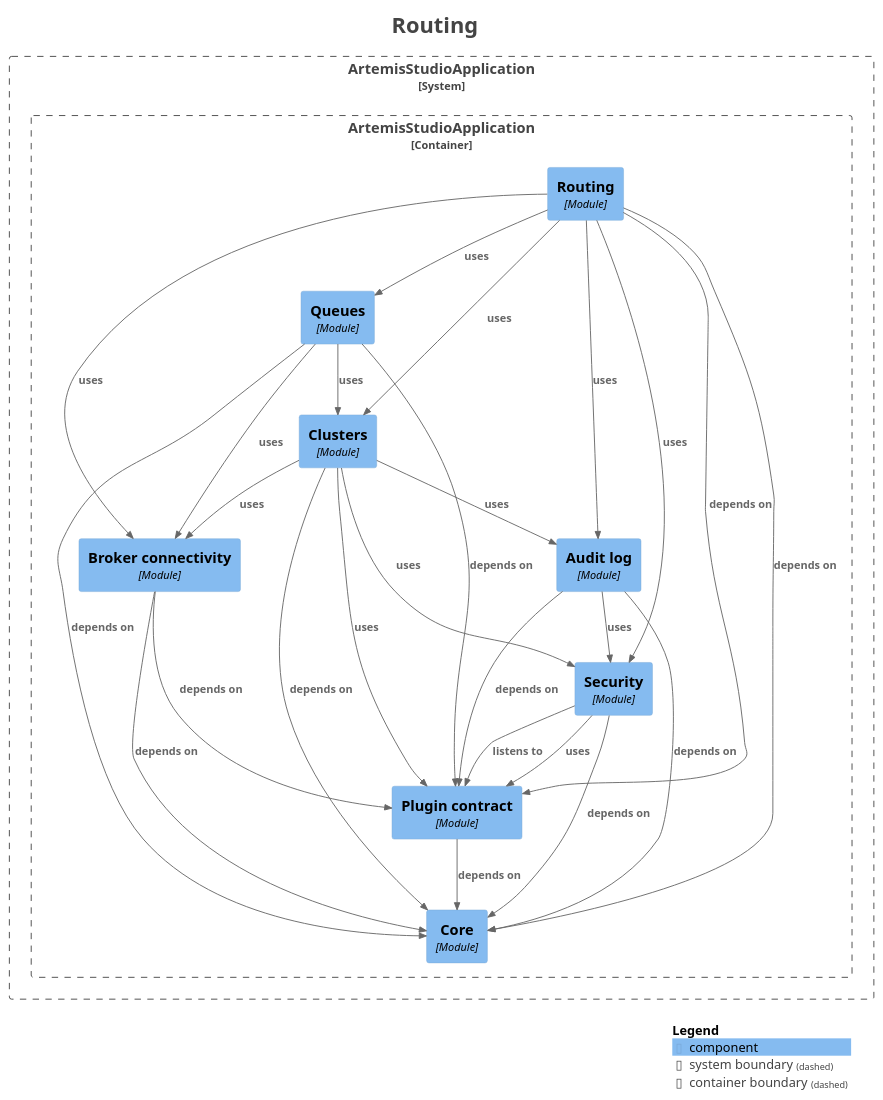
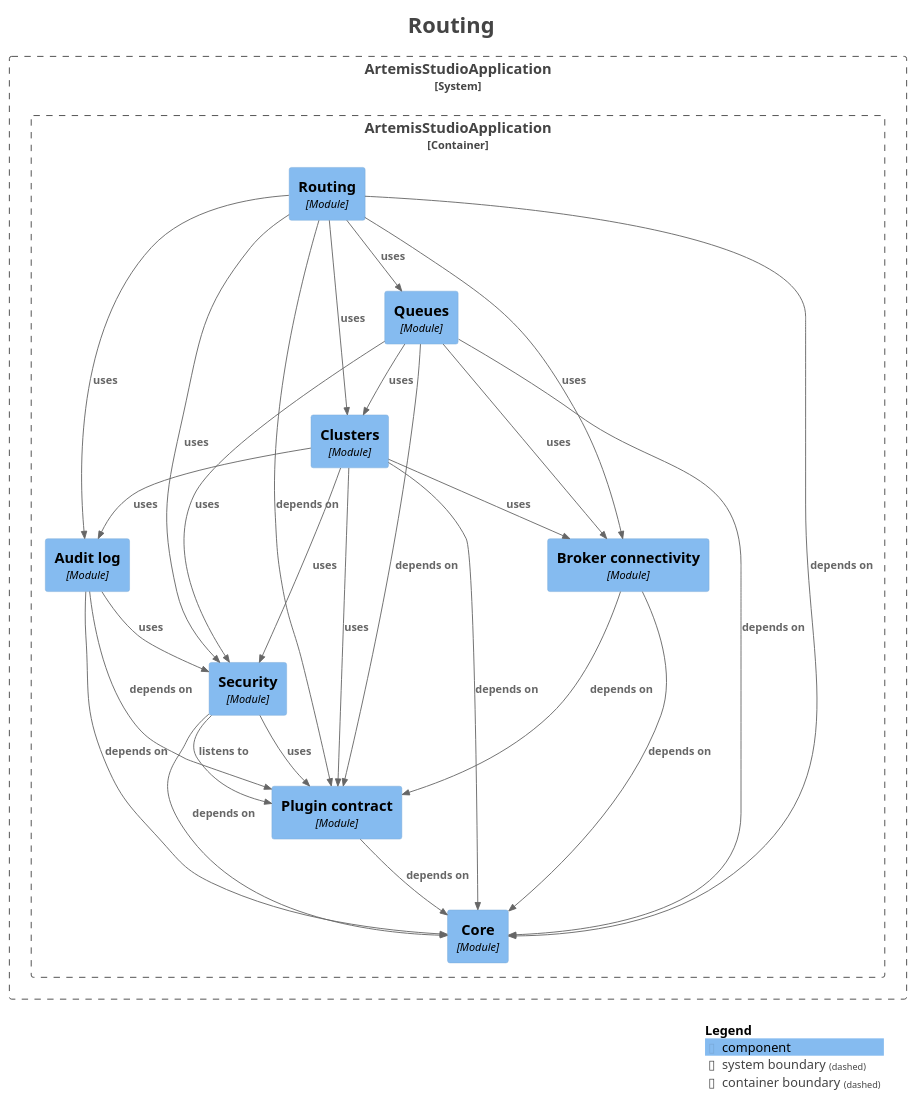
The diagram in docs/modules/module-feature.routing.puml (sudoitir/artemis-studio), drawn with PlantUML before and after one commit. The commit also changed 57 other files, not shown here.

```diff
--- a/docs/modules/module-feature.routing.puml
+++ b/docs/modules/module-feature.routing.puml
@@ -1,60 +1,61 @@
 @startuml
 title <size:24>Routing</size>
 
 set separator none
 top to bottom direction
 
 <style>
   root {
     BackgroundColor: #ffffff
     FontColor: #444444
   }
 </style>
 
 !include <C4/C4>
 !include <C4/C4_Context>
 !include <C4/C4_Component>
 
 System_Boundary("ArtemisStudioApplication_boundary", "ArtemisStudioApplication", $tags="") {
   Container_Boundary("ArtemisStudioApplication.ArtemisStudioApplication_boundary", "ArtemisStudioApplication", $tags="") {
     Component(ArtemisStudioApplication.ArtemisStudioApplication.Brokerconnectivity, "Broker connectivity", $techn="Module", $descr="", $tags="", $link="")
     Component(ArtemisStudioApplication.ArtemisStudioApplication.Clusters, "Clusters", $techn="Module", $descr="", $tags="", $link="")
     Component(ArtemisStudioApplication.ArtemisStudioApplication.Queues, "Queues", $techn="Module", $descr="", $tags="", $link="")
+    Component(ArtemisStudioApplication.ArtemisStudioApplication.Core, "Core", $techn="Module", $descr="", $tags="", $link="")
     Component(ArtemisStudioApplication.ArtemisStudioApplication.Routing, "Routing", $techn="Module", $descr="", $tags="", $link="")
-    Component(ArtemisStudioApplication.ArtemisStudioApplication.Core, "Core", $techn="Module", $descr="", $tags="", $link="")
     Component(ArtemisStudioApplication.ArtemisStudioApplication.Plugincontract, "Plugin contract", $techn="Module", $descr="", $tags="", $link="")
     Component(ArtemisStudioApplication.ArtemisStudioApplication.Security, "Security", $techn="Module", $descr="", $tags="", $link="")
     Component(ArtemisStudioApplication.ArtemisStudioApplication.Auditlog, "Audit log", $techn="Module", $descr="", $tags="", $link="")
   }
 
 }
 
 Rel(ArtemisStudioApplication.ArtemisStudioApplication.Auditlog, ArtemisStudioApplication.ArtemisStudioApplication.Core, "depends on", $techn="", $tags="", $link="")
 Rel(ArtemisStudioApplication.ArtemisStudioApplication.Auditlog, ArtemisStudioApplication.ArtemisStudioApplication.Plugincontract, "depends on", $techn="", $tags="", $link="")
 Rel(ArtemisStudioApplication.ArtemisStudioApplication.Auditlog, ArtemisStudioApplication.ArtemisStudioApplication.Security, "uses", $techn="", $tags="", $link="")
 Rel(ArtemisStudioApplication.ArtemisStudioApplication.Brokerconnectivity, ArtemisStudioApplication.ArtemisStudioApplication.Core, "depends on", $techn="", $tags="", $link="")
 Rel(ArtemisStudioApplication.ArtemisStudioApplication.Brokerconnectivity, ArtemisStudioApplication.ArtemisStudioApplication.Plugincontract, "depends on", $techn="", $tags="", $link="")
 Rel(ArtemisStudioApplication.ArtemisStudioApplication.Clusters, ArtemisStudioApplication.ArtemisStudioApplication.Auditlog, "uses", $techn="", $tags="", $link="")
 Rel(ArtemisStudioApplication.ArtemisStudioApplication.Clusters, ArtemisStudioApplication.ArtemisStudioApplication.Brokerconnectivity, "uses", $techn="", $tags="", $link="")
 Rel(ArtemisStudioApplication.ArtemisStudioApplication.Clusters, ArtemisStudioApplication.ArtemisStudioApplication.Core, "depends on", $techn="", $tags="", $link="")
 Rel(ArtemisStudioApplication.ArtemisStudioApplication.Clusters, ArtemisStudioApplication.ArtemisStudioApplication.Plugincontract, "uses", $techn="", $tags="", $link="")
 Rel(ArtemisStudioApplication.ArtemisStudioApplication.Clusters, ArtemisStudioApplication.ArtemisStudioApplication.Security, "uses", $techn="", $tags="", $link="")
 Rel(ArtemisStudioApplication.ArtemisStudioApplication.Plugincontract, ArtemisStudioApplication.ArtemisStudioApplication.Core, "depends on", $techn="", $tags="", $link="")
 Rel(ArtemisStudioApplication.ArtemisStudioApplication.Queues, ArtemisStudioApplication.ArtemisStudioApplication.Brokerconnectivity, "uses", $techn="", $tags="", $link="")
 Rel(ArtemisStudioApplication.ArtemisStudioApplication.Queues, ArtemisStudioApplication.ArtemisStudioApplication.Clusters, "uses", $techn="", $tags="", $link="")
 Rel(ArtemisStudioApplication.ArtemisStudioApplication.Queues, ArtemisStudioApplication.ArtemisStudioApplication.Core, "depends on", $techn="", $tags="", $link="")
 Rel(ArtemisStudioApplication.ArtemisStudioApplication.Queues, ArtemisStudioApplication.ArtemisStudioApplication.Plugincontract, "depends on", $techn="", $tags="", $link="")
+Rel(ArtemisStudioApplication.ArtemisStudioApplication.Queues, ArtemisStudioApplication.ArtemisStudioApplication.Security, "uses", $techn="", $tags="", $link="")
 Rel(ArtemisStudioApplication.ArtemisStudioApplication.Routing, ArtemisStudioApplication.ArtemisStudioApplication.Auditlog, "uses", $techn="", $tags="", $link="")
 Rel(ArtemisStudioApplication.ArtemisStudioApplication.Routing, ArtemisStudioApplication.ArtemisStudioApplication.Brokerconnectivity, "uses", $techn="", $tags="", $link="")
 Rel(ArtemisStudioApplication.ArtemisStudioApplication.Routing, ArtemisStudioApplication.ArtemisStudioApplication.Clusters, "uses", $techn="", $tags="", $link="")
 Rel(ArtemisStudioApplication.ArtemisStudioApplication.Routing, ArtemisStudioApplication.ArtemisStudioApplication.Core, "depends on", $techn="", $tags="", $link="")
 Rel(ArtemisStudioApplication.ArtemisStudioApplication.Routing, ArtemisStudioApplication.ArtemisStudioApplication.Plugincontract, "depends on", $techn="", $tags="", $link="")
 Rel(ArtemisStudioApplication.ArtemisStudioApplication.Routing, ArtemisStudioApplication.ArtemisStudioApplication.Queues, "uses", $techn="", $tags="", $link="")
 Rel(ArtemisStudioApplication.ArtemisStudioApplication.Routing, ArtemisStudioApplication.ArtemisStudioApplication.Security, "uses", $techn="", $tags="", $link="")
 Rel(ArtemisStudioApplication.ArtemisStudioApplication.Security, ArtemisStudioApplication.ArtemisStudioApplication.Core, "depends on", $techn="", $tags="", $link="")
 Rel(ArtemisStudioApplication.ArtemisStudioApplication.Security, ArtemisStudioApplication.ArtemisStudioApplication.Plugincontract, "listens to", $techn="", $tags="", $link="")
 Rel(ArtemisStudioApplication.ArtemisStudioApplication.Security, ArtemisStudioApplication.ArtemisStudioApplication.Plugincontract, "uses", $techn="", $tags="", $link="")
 
 SHOW_LEGEND(true)
 hide stereotypes
 @enduml
```
